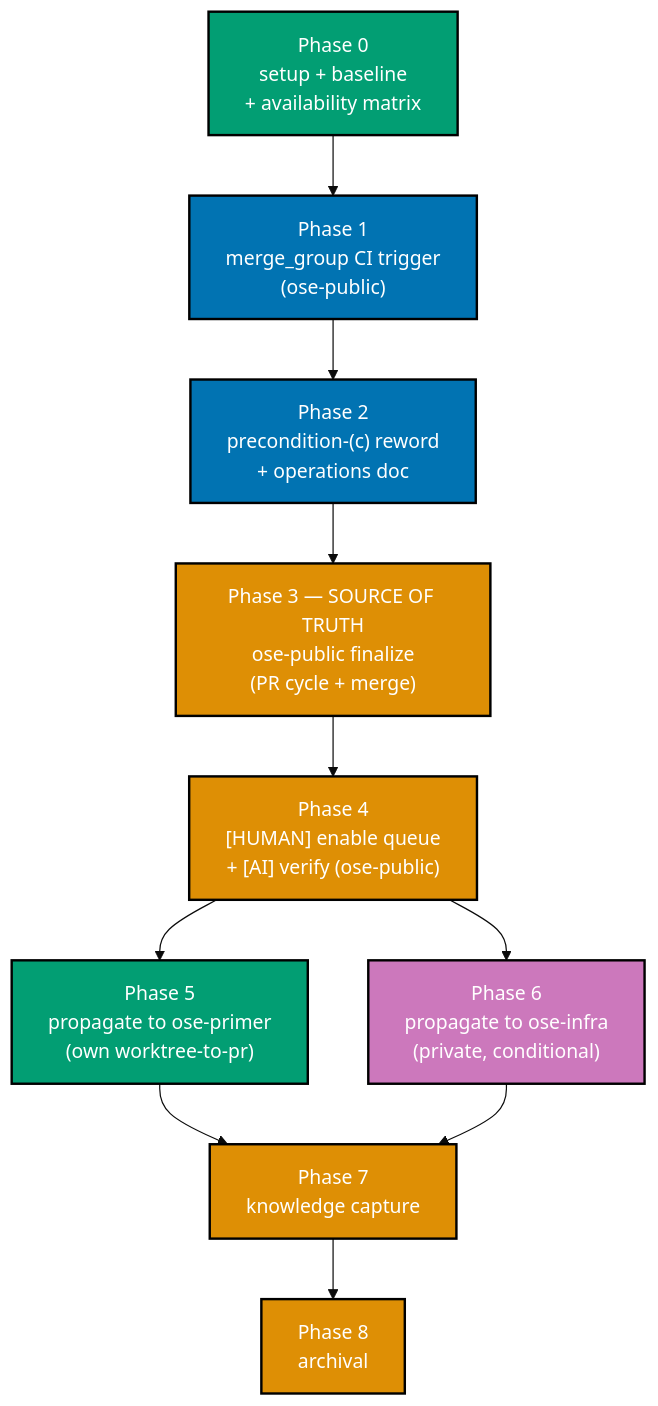
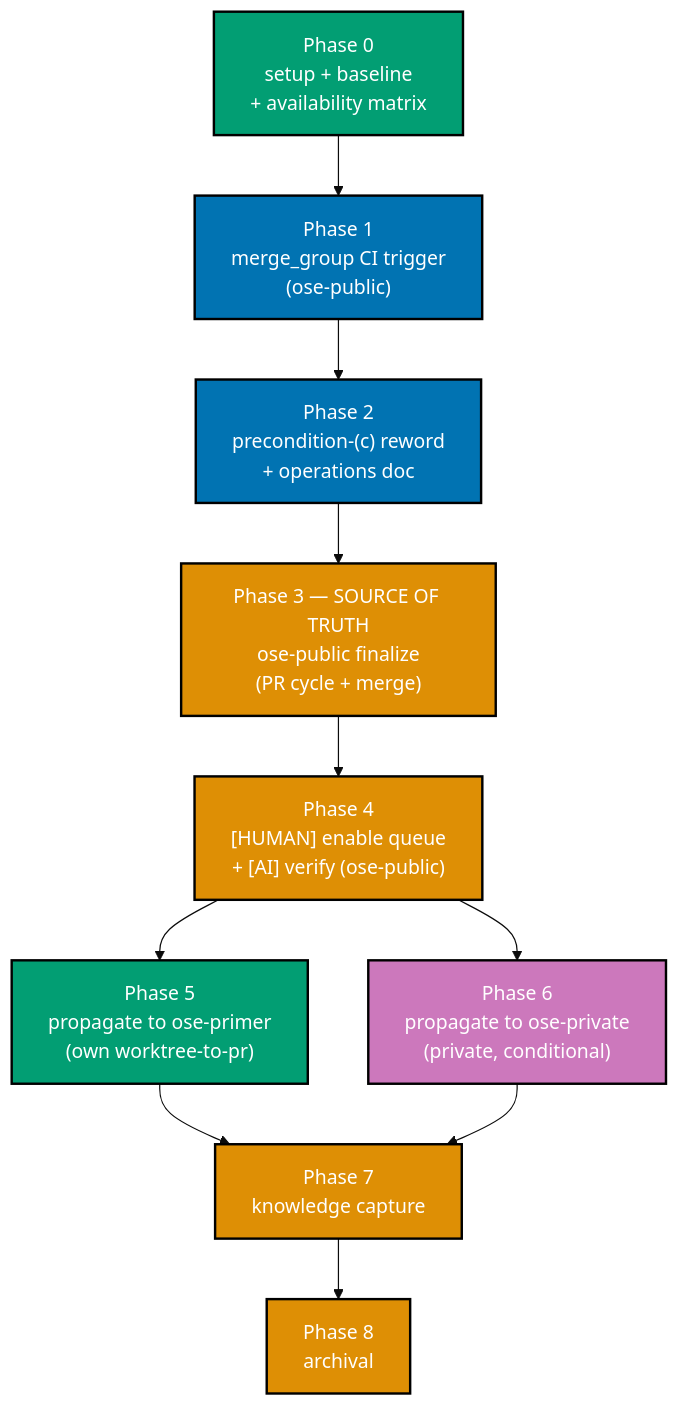
Before and after one commit to wahidyankf/ose-primer: the diagram in plans/backlog/merge-queue-adoption/delivery.md, drawn with Mermaid (base theme). The commit also changed other lines of this file and 5 other files, not shown here.

Commit message:
chore: rename ose-infra to ose-private in config and plan references

````diff
--- a/plans/backlog/merge-queue-adoption/delivery.md
+++ b/plans/backlog/merge-queue-adoption/delivery.md
@@ -59,19 +59,19 @@
 ```mermaid
 %% Color palette: Teal #029E73 (setup/downstream), Blue #0173B2 (ose-public build), Orange #DE8F05 (finalize/archival), Purple #CC78BC (downstream private)
 %% TD required: phase dependency order is intrinsic to the diagram's meaning
 flowchart TD
   P0["Phase 0<br/>setup + baseline<br/>+ availability matrix"]:::teal --> P1["Phase 1<br/>merge_group CI trigger<br/>(ose-public)"]:::blue
   P1 --> P2["Phase 2<br/>precondition-(c) reword<br/>+ operations doc"]:::blue
   P2 --> P3["Phase 3 — SOURCE OF TRUTH<br/>ose-public finalize<br/>(PR cycle + merge)"]:::orange
   P3 --> P4["Phase 4<br/>[HUMAN] enable queue<br/>+ [AI] verify (ose-public)"]:::orange
   P4 --> P5["Phase 5<br/>propagate to ose-primer<br/>(own worktree-to-pr)"]:::teal
-  P4 --> P6["Phase 6<br/>propagate to ose-infra<br/>(private, conditional)"]:::purple
+  P4 --> P6["Phase 6<br/>propagate to ose-private<br/>(private, conditional)"]:::purple
   P5 --> P7["Phase 7<br/>knowledge capture"]:::orange
   P6 --> P7
   P7 --> P8["Phase 8<br/>archival"]:::orange
 
   classDef teal fill:#029E73,stroke:#000000,color:#FFFFFF,stroke-width:2px
   classDef blue fill:#0173B2,stroke:#000000,color:#FFFFFF,stroke-width:2px
   classDef orange fill:#DE8F05,stroke:#000000,color:#FFFFFF,stroke-width:2px
   classDef purple fill:#CC78BC,stroke:#000000,color:#FFFFFF,stroke-width:2px
 ```
````
